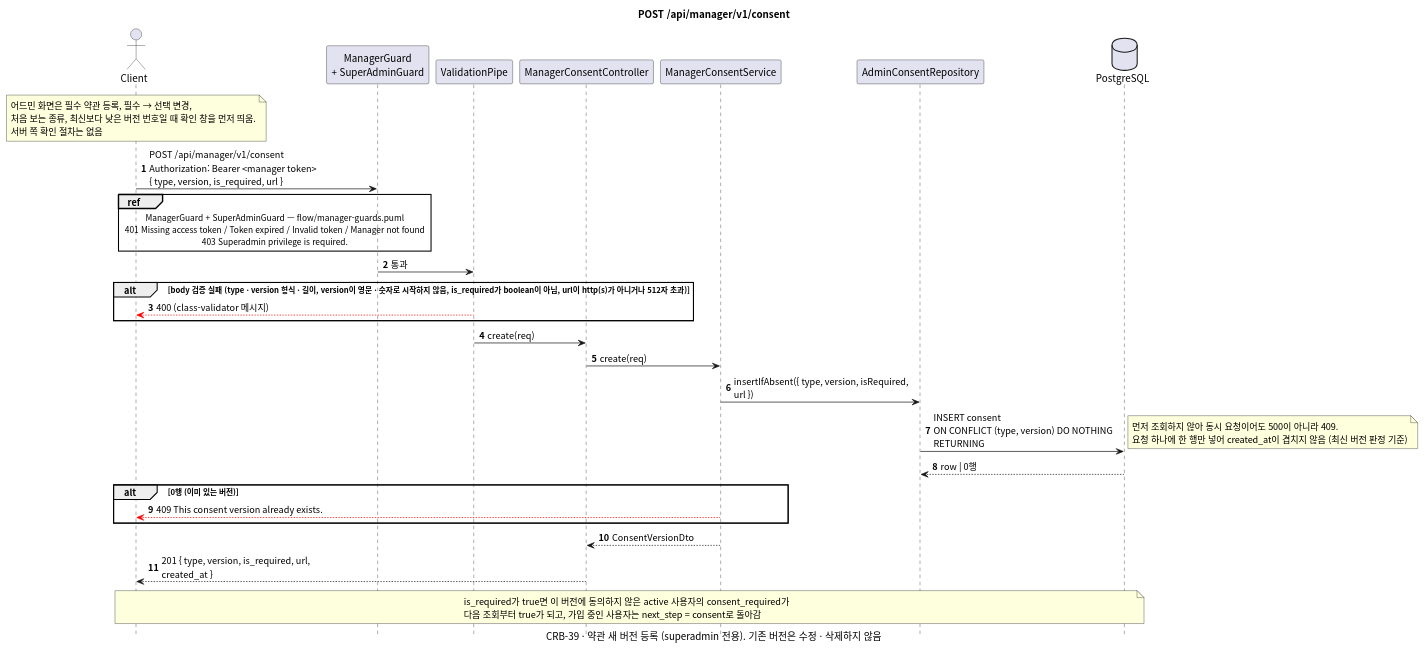
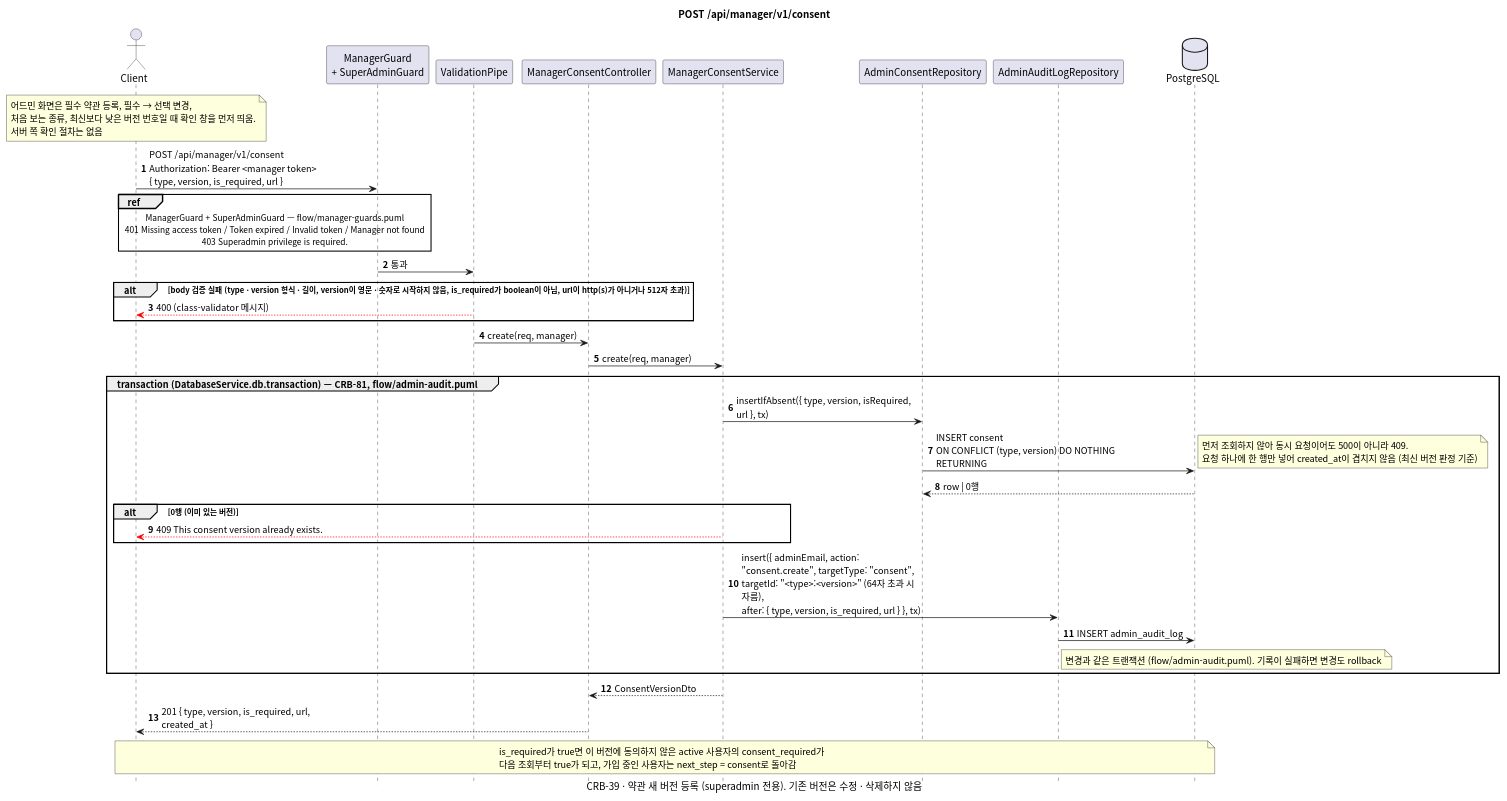
The diagram in docs/sequence/manager/post-consent.puml (gsainfoteam/cheers-be), drawn with PlantUML before and after one commit. The commit also changed 88 other files, not shown here.

Commit message:
- feat: 어드민 변경 감사 로그(admin_audit_log, 변경 전·후 값)와 접근 로그 · 감사 로그 조회 API

```diff
--- a/docs/sequence/manager/post-consent.puml
+++ b/docs/sequence/manager/post-consent.puml
@@ -1,42 +1,48 @@
 @startuml post-manager-consent
 skinparam defaultFontName "Apple SD Gothic Neo", "Noto Sans CJK KR", sans-serif
 skinparam responseMessageBelowArrow true
 skinparam sequenceMessageAlign left
 skinparam maxMessageSize 260
 skinparam BoxPadding 8
 skinparam shadowing false
 autonumber
 hide footbox
 
 title POST /api/manager/v1/consent
 caption CRB-39 · 약관 새 버전 등록 (superadmin 전용). 기존 버전은 수정 · 삭제하지 않음
 
 actor Client
 participant "ManagerGuard\n+ SuperAdminGuard" as Guard
 participant "ValidationPipe" as Pipe
 participant "ManagerConsentController" as Controller
 participant "ManagerConsentService" as Service
 participant "AdminConsentRepository" as AdminConsentRepository
+participant "AdminAuditLogRepository" as AdminAuditLogRepository
 database PostgreSQL
 
 note over Client: 어드민 화면은 필수 약관 등록, 필수 → 선택 변경,\n처음 보는 종류, 최신보다 낮은 버전 번호일 때 확인 창을 먼저 띄움.\n서버 쪽 확인 절차는 없음
 Client -> Guard: POST /api/manager/v1/consent\nAuthorization: Bearer <manager token>\n{ type, version, is_required, url }
 ref over Client, Guard: ManagerGuard + SuperAdminGuard — flow/manager-guards.puml\n401 Missing access token / Token expired / Invalid token / Manager not found\n403 Superadmin privilege is required.
 Guard -> Pipe: 통과
 alt body 검증 실패 (type · version 형식 · 길이, version이 영문 · 숫자로 시작하지 않음, is_required가 boolean이 아님, url이 http(s)가 아니거나 512자 초과)
   Pipe -[#red]-> Client: 400 (class-validator 메시지)
 end
-Pipe -> Controller: create(req)
-Controller -> Service: create(req)
-Service -> AdminConsentRepository: insertIfAbsent({ type, version, isRequired, url })
-AdminConsentRepository -> PostgreSQL: INSERT consent\nON CONFLICT (type, version) DO NOTHING RETURNING
-note right: 먼저 조회하지 않아 동시 요청이어도 500이 아니라 409.\n요청 하나에 한 행만 넣어 created_at이 겹치지 않음 (최신 버전 판정 기준)
-PostgreSQL --> AdminConsentRepository: row | 0행
-alt 0행 (이미 있는 버전)
-  Service -[#red]-> Client: 409 This consent version already exists.
+Pipe -> Controller: create(req, manager)
+Controller -> Service: create(req, manager)
+group transaction (DatabaseService.db.transaction) — CRB-81, flow/admin-audit.puml
+  Service -> AdminConsentRepository: insertIfAbsent({ type, version, isRequired, url }, tx)
+  AdminConsentRepository -> PostgreSQL: INSERT consent\nON CONFLICT (type, version) DO NOTHING RETURNING
+  note right: 먼저 조회하지 않아 동시 요청이어도 500이 아니라 409.\n요청 하나에 한 행만 넣어 created_at이 겹치지 않음 (최신 버전 판정 기준)
+  PostgreSQL --> AdminConsentRepository: row | 0행
+  alt 0행 (이미 있는 버전)
+    Service -[#red]-> Client: 409 This consent version already exists.
+  end
+  Service -> AdminAuditLogRepository: insert({ adminEmail, action: "consent.create", targetType: "consent", targetId: "<type>:<version>" (64자 초과 시 자름),\nafter: { type, version, is_required, url } }, tx)
+  AdminAuditLogRepository -> PostgreSQL: INSERT admin_audit_log
+  note right of AdminAuditLogRepository: 변경과 같은 트랜잭션 (flow/admin-audit.puml). 기록이 실패하면 변경도 rollback
 end
 Service --> Controller: ConsentVersionDto
 Controller --> Client: 201 { type, version, is_required, url, created_at }
 note over Client, PostgreSQL: is_required가 true면 이 버전에 동의하지 않은 active 사용자의 consent_required가\n다음 조회부터 true가 되고, 가입 중인 사용자는 next_step = consent로 돌아감
 
 @enduml
```
